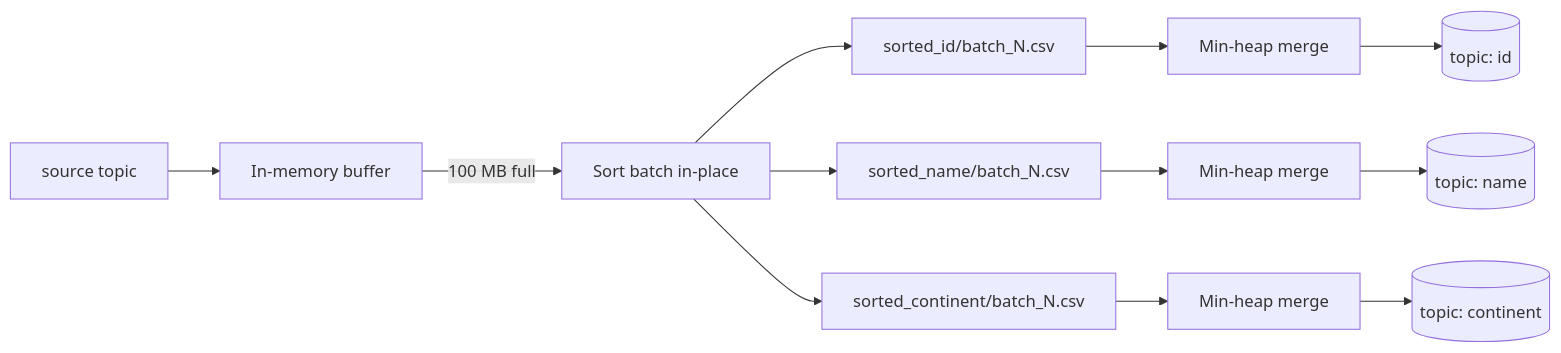
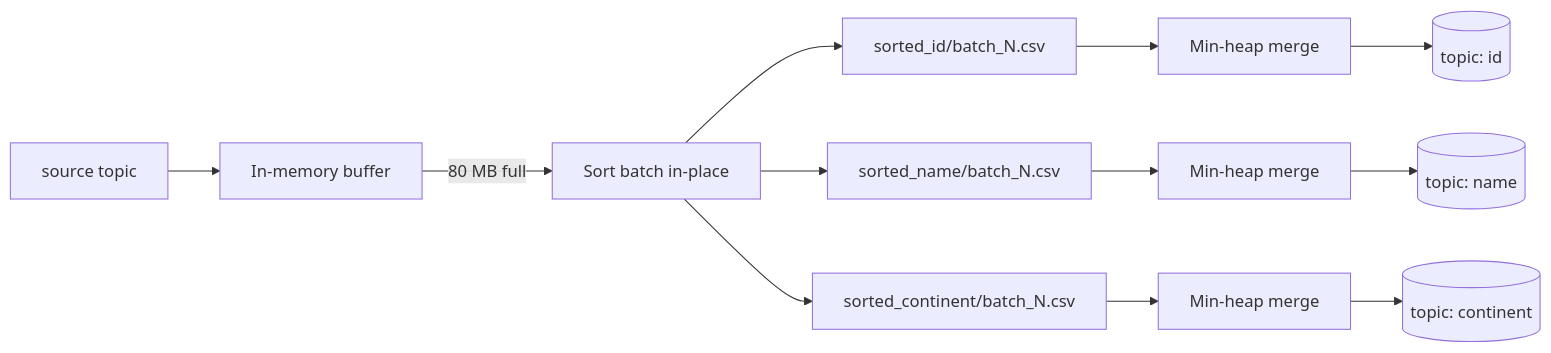
One commit to Udhayarajan/core-infra changed the second of 2 diagrams in README.md. Above: the diagram before and after it, drawn with Mermaid. The commit also changed other lines of this file, not shown here.

````diff
--- a/README.md
+++ b/README.md
@@ -263,11 +276,11 @@
 ```mermaid
 flowchart LR
     E[source topic] --> BUF[In-memory buffer]
-    BUF -->|100 MB full| SORT[Sort batch in-place]
+    BUF -->|80 MB full| SORT[Sort batch in-place]
     SORT --> F1[sorted_id/batch_N.csv]
     SORT --> F2[sorted_name/batch_N.csv]
     SORT --> F3[sorted_continent/batch_N.csv]
     F1 --> MH1[Min-heap merge] --> KID[(topic: id)]
     F2 --> MH2[Min-heap merge] --> KNAME[(topic: name)]
     F3 --> MH3[Min-heap merge] --> KCONT[(topic: continent)]
 ```
````
